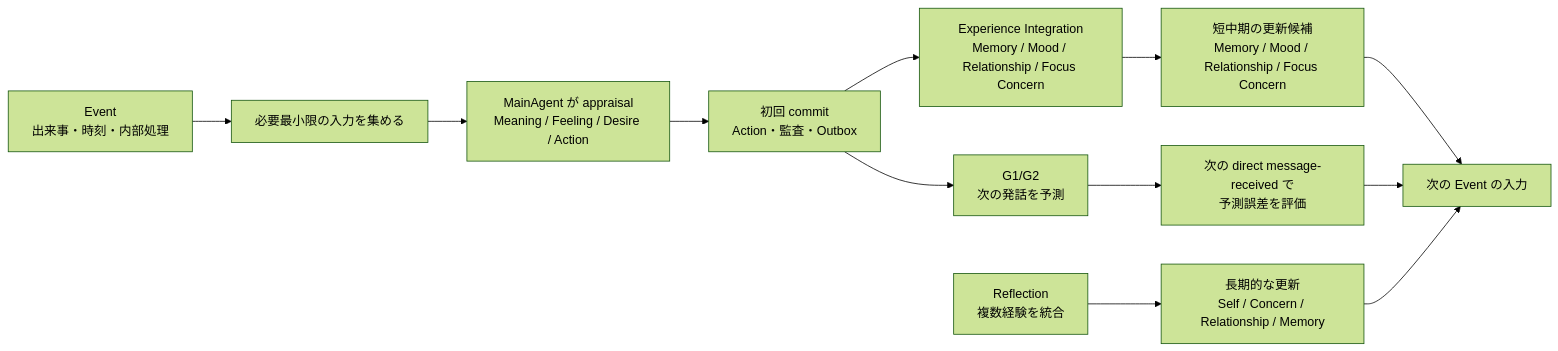
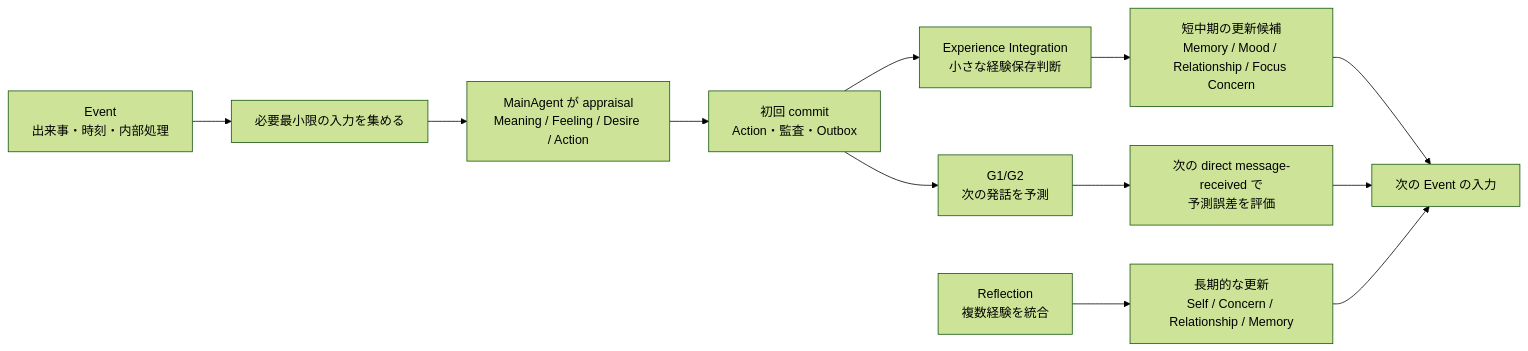
Before and after one commit to if001/social_agent: the first of 6 diagrams in docs/AGENT_EVENT_AND_EXPERIENCE_OVERVIEW.md, drawn with Mermaid (forest theme). The commit also changed other lines of this file and 12 other files, not shown here.

Commit message:
feat: split experience integration outputs (#099)

````diff
--- a/docs/AGENT_EVENT_AND_EXPERIENCE_OVERVIEW.md
+++ b/docs/AGENT_EVENT_AND_EXPERIENCE_OVERVIEW.md
@@ -9,14 +9,14 @@
 ```mermaid
 flowchart LR
     E[Event<br/>出来事・時刻・内部処理] --> I[必要最小限の入力を集める]
     I --> A[MainAgent が appraisal<br/>Meaning / Feeling / Desire / Action]
     A --> C[初回 commit<br/>Action・監査・Outbox]
-    C --> X[Experience Integration<br/>Memory / Mood / Relationship / Focus Concern]
+    C --> X[Experience Integration<br/>小さな経験保存判断]
     X --> S[短中期の更新候補<br/>Memory / Mood / Relationship / Focus Concern]
     C --> P[G1/G2<br/>次の発話を予測]
     P --> PE[次の direct message-received で<br/>予測誤差を評価]
     S --> N[次の Event の入力]
     PE --> N
     R[Reflection<br/>複数経験を統合] --> L[長期的な更新<br/>Self / Concern / Relationship / Memory]
     L --> N
 ```
````
